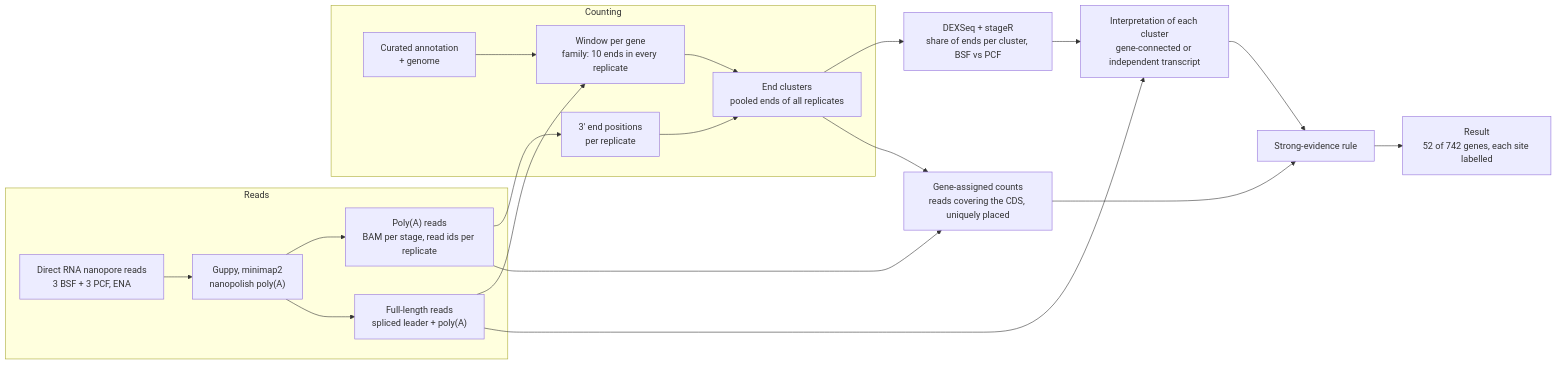
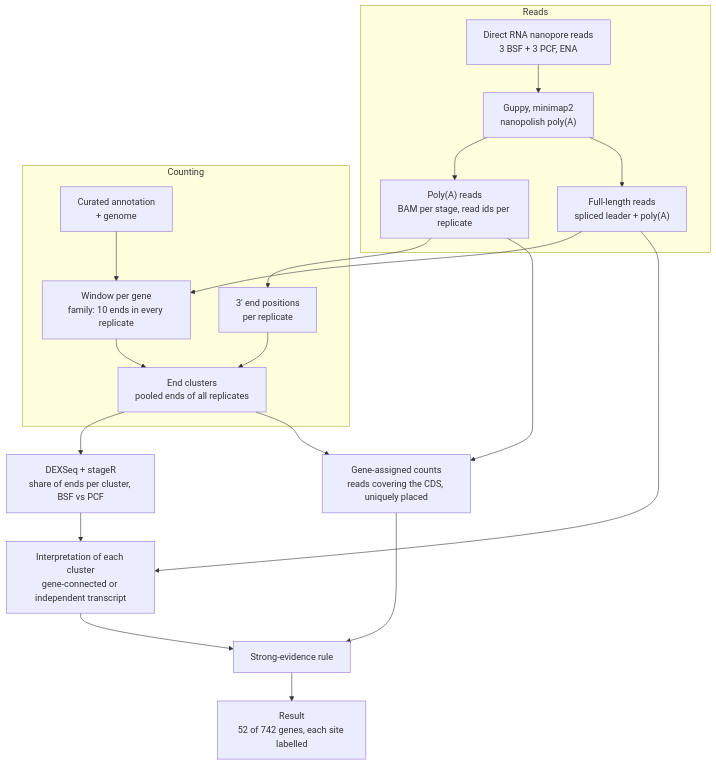
One commit to mtinti/tbrucei_alternative_3end_paper changed the diagram in README.md. Above: the diagram before and after it, drawn with Mermaid.

Commit message:
README diagram: top-down layout, clear of the viewer controls

````diff
--- a/README.md
+++ b/README.md
@@ -22,23 +22,23 @@
 ```mermaid
-flowchart LR
+flowchart TB
   subgraph Reads
     R["Direct RNA nanopore reads<br/>3 BSF + 3 PCF, ENA"] --> B["Guppy, minimap2<br/>nanopolish poly(A)"]
     B --> PA["Poly(A) reads<br/>BAM per stage, read ids per replicate"]
     B --> FL["Full-length reads<br/>spliced leader + poly(A)"]
   end
   subgraph Counting
     A["Curated annotation<br/>+ genome"] --> W["Window per gene<br/>family: 10 ends in every replicate"]
     FL --> W
     PA --> E["3' end positions<br/>per replicate"]
     E --> C["End clusters<br/>pooled ends of all replicates"]
     W --> C
   end
   C --> T["DEXSeq + stageR<br/>share of ends per cluster, BSF vs PCF"]
   T --> I["Interpretation of each cluster<br/>gene-connected or independent transcript"]
   FL --> I
   PA --> G["Gene-assigned counts<br/>reads covering the CDS, uniquely placed"]
   C --> G
   G --> S["Strong-evidence rule"]
   I --> S
   S --> X["Result<br/>52 of 742 genes, each site labelled"]
 ```
````
